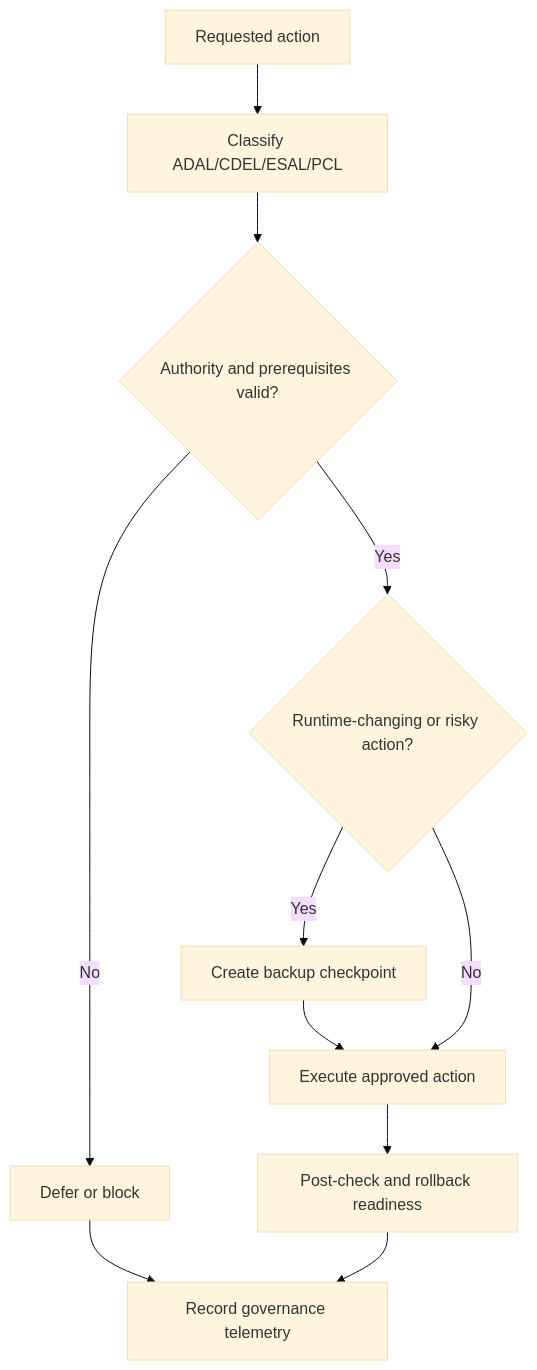
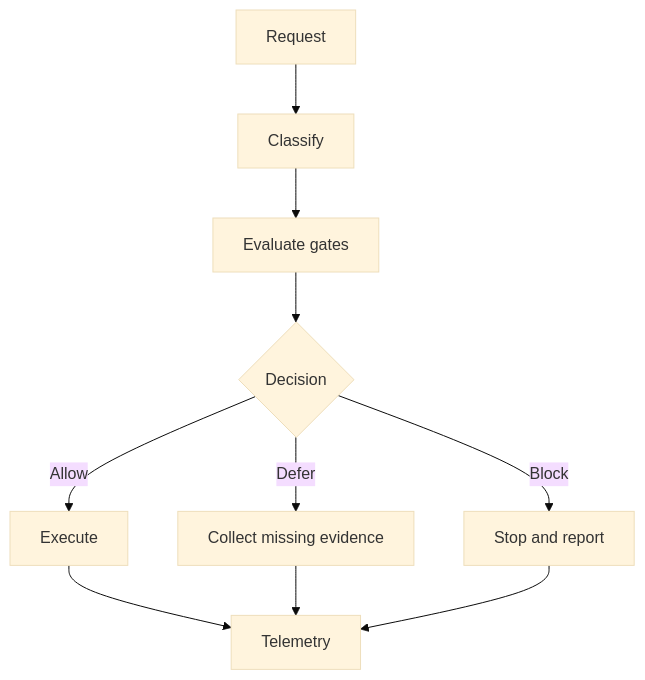
Before and after one commit to Eurobotics-Association/yellow-control: the first of 2 diagrams in README.md, drawn with Mermaid (base theme). The commit also changed other lines of this file and 23 other files, not shown here.

````diff
--- a/README.md
+++ b/README.md
@@ -70,13 +51,12 @@
 ```mermaid
 flowchart TD
-    A[Requested action] --> B[Classify ADAL/CDEL/ESAL/PCL]
-    B --> C{Authority and prerequisites valid?}
-    C -- No --> D[Defer or block]
-    D --> E[Record governance telemetry]
-    C -- Yes --> F{Runtime-changing or risky action?}
-    F -- Yes --> G[Create backup checkpoint]
-    G --> H[Execute approved action]
-    F -- No --> H
-    H --> I[Post-check and rollback readiness]
-    I --> E
+A[Request] --> B[Classify]
+B --> C[Evaluate gates]
+C --> D{Decision}
+D -->|Allow| E[Execute]
+D -->|Defer| F[Collect missing evidence]
+D -->|Block| G[Stop and report]
+E --> H[Telemetry]
+F --> H
+G --> H
 ```
````
